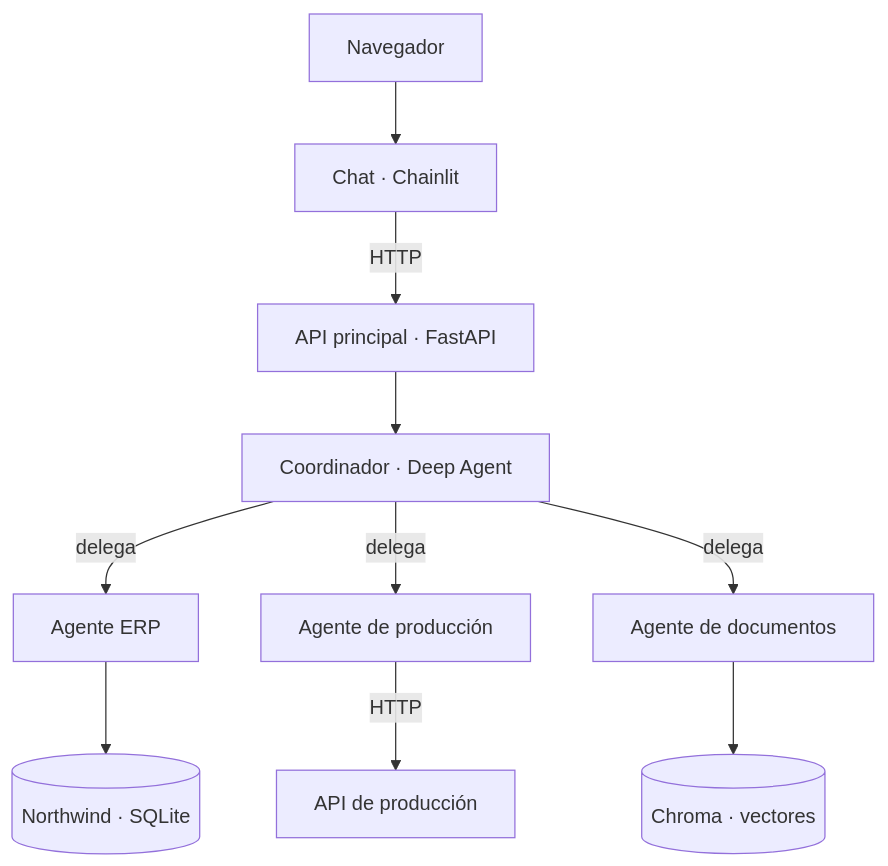
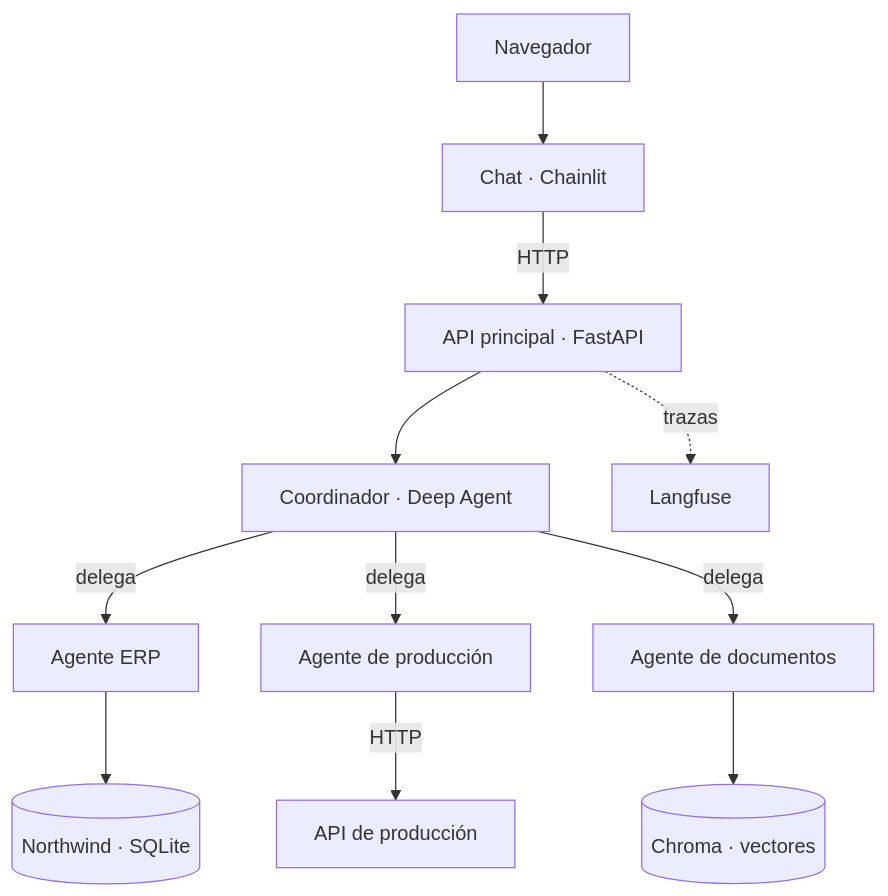
The diagram in README.md (alexey-omelchuk/multi-agent-erp-rag-business-assistant), drawn with Mermaid before and after one commit. The commit also changed other lines of this file and 2 other files, not shown here.

Commit message:
README: un solo comando de arranque y Langfuse en la tabla de servicios

````diff
--- a/README.md
+++ b/README.md
@@ -147,12 +139,13 @@
 ```mermaid
 flowchart TD
     U[Navegador] --> UI[Chat · Chainlit]
     UI -->|HTTP| API[API principal · FastAPI]
     API --> C[Coordinador · Deep Agent]
     C -->|delega| E[Agente ERP]
     C -->|delega| P[Agente de producción]
     C -->|delega| D[Agente de documentos]
     E --> ERP[(Northwind · SQLite)]
     P -->|HTTP| PROD[API de producción]
     D --> VEC[(Chroma · vectores)]
+    API -.->|trazas| LF[Langfuse]
 ```
````
